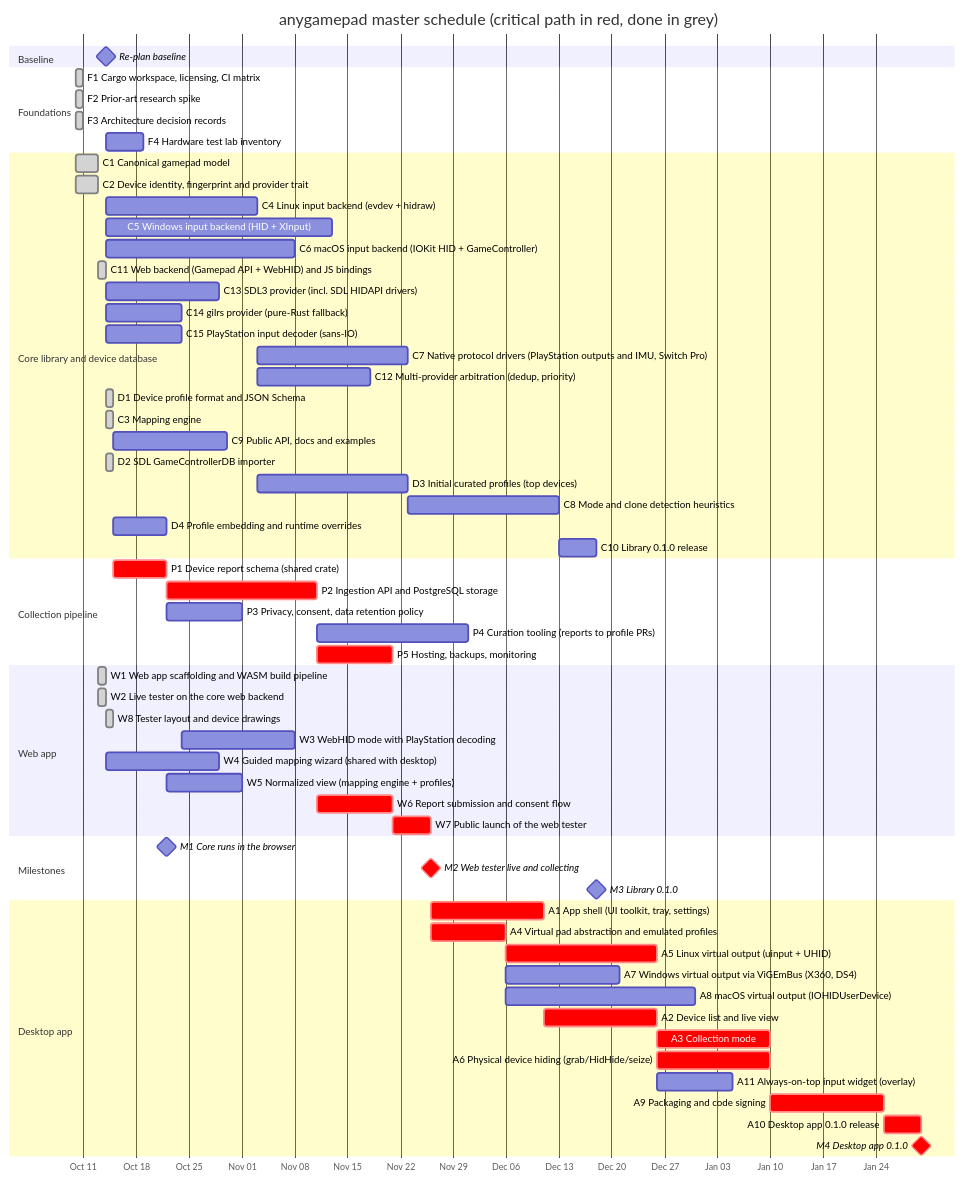
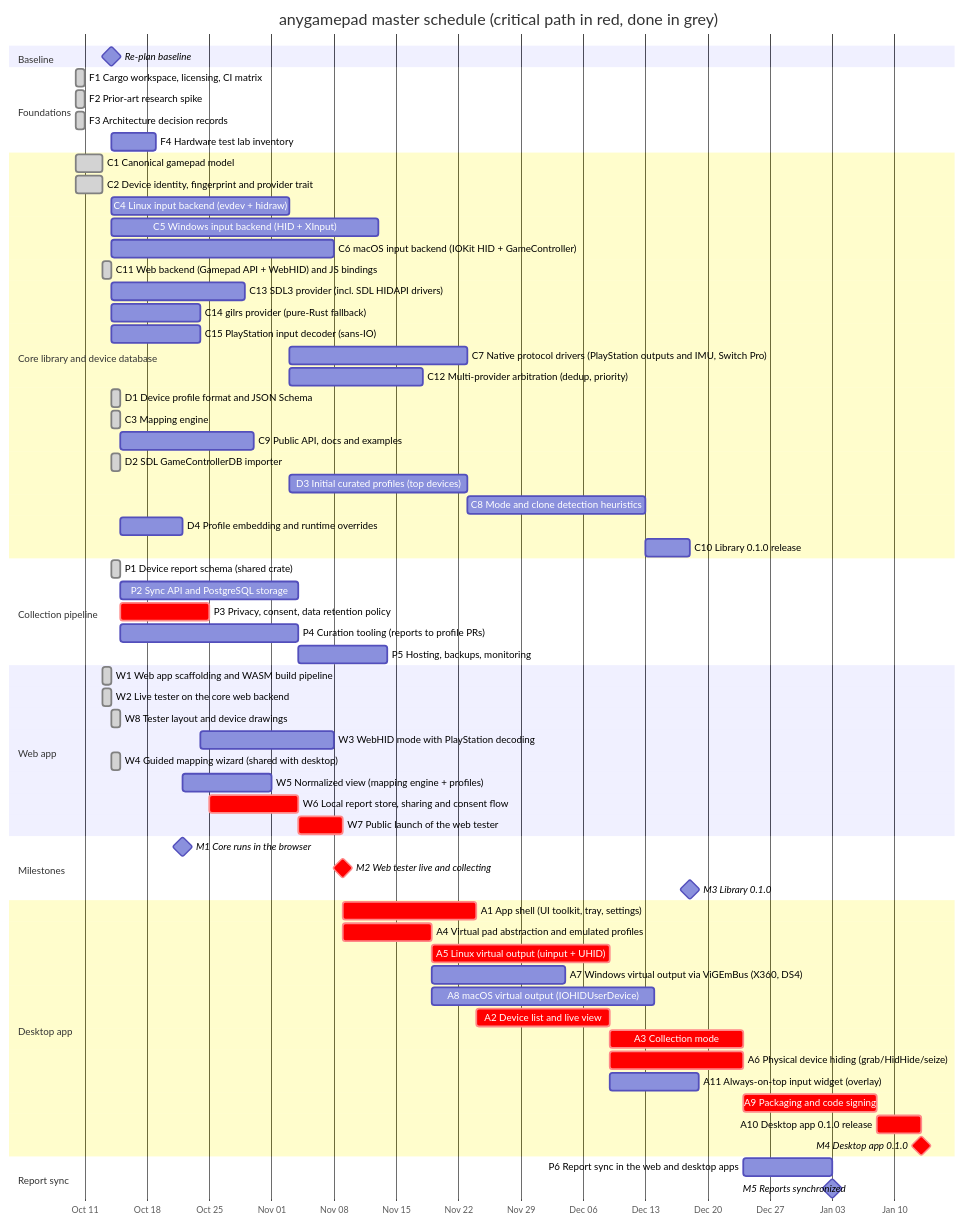
One commit to anygamepad/anygamepad.github.io changed the second of 3 diagrams in ROADMAP/2026-10-14/README.md. Above: the diagram before and after it, drawn with Mermaid. The commit also changed other lines of this file and 48 other files, not shown here.

First line of the commit message:
Add device report schema, wizard, and local-first architecture (#10)

````diff
--- a/ROADMAP/2026-10-14/README.md
+++ b/ROADMAP/2026-10-14/README.md
@@ -161,65 +192,68 @@
 ```mermaid
 gantt
     dateFormat YYYY-MM-DD
     axisFormat %b %d
     title anygamepad master schedule (critical path in red, done in grey)
     section Baseline
     Re-plan baseline :milestone, t0, 2026-10-14, 0d
     section Foundations
     F1 Cargo workspace, licensing, CI matrix :done, f1, 2026-10-10, 1d
     F2 Prior-art research spike :done, f2, 2026-10-10, 1d
     F3 Architecture decision records :done, f3, 2026-10-10, 1d
     F4 Hardware test lab inventory :f4, after f2 t0, 5d
     section Core library and device database
     C1 Canonical gamepad model :done, c1, 2026-10-10, 3d
     C2 Device identity, fingerprint and provider trait :done, c2, 2026-10-10, 3d
     C4 Linux input backend (evdev + hidraw) :c4, after c1 c2 t0, 20d
     C5 Windows input backend (HID + XInput) :c5, after c1 c2 t0, 30d
     C6 macOS input backend (IOKit HID + GameController) :c6, after c1 c2 t0, 25d
     C11 Web backend (Gamepad API + WebHID) and JS bindings :done, c11, 2026-10-13, 1d
     C13 SDL3 provider (incl. SDL HIDAPI drivers) :c13, after c1 c2 t0, 15d
     C14 gilrs provider (pure-Rust fallback) :c14, after c1 c2 t0, 10d
     C15 PlayStation input decoder (sans-IO) :c15, after c1 c2 t0, 10d
     C7 Native protocol drivers (PlayStation outputs and IMU, Switch Pro) :c7, after c4 c15, 20d
     C12 Multi-provider arbitration (dedup, priority) :c12, after c4 c13, 15d
     D1 Device profile format and JSON Schema :done, d1, 2026-10-14, 1d
     C3 Mapping engine :done, c3, 2026-10-14, 1d
     C9 Public API, docs and examples :c9, after c3, 15d
     D2 SDL GameControllerDB importer :done, d2, 2026-10-14, 1d
     D3 Initial curated profiles (top devices) :d3, after d1 c4 f4, 20d
     C8 Mode and clone detection heuristics :c8, after c3 c4 d3, 20d
     D4 Profile embedding and runtime overrides :d4, after d1 c3, 7d
     C10 Library 0.1.0 release :c10, after c5 c6 c7 c8 c9 c11 c12 c14 d4, 5d
     section Collection pipeline
-    P1 Device report schema (shared crate) :crit, p1, after c2 d1 t0, 7d
-    P2 Ingestion API and PostgreSQL storage :crit, p2, after p1, 20d
-    P3 Privacy, consent, data retention policy :p3, after p1, 10d
-    P4 Curation tooling (reports to profile PRs) :p4, after p2 d1, 20d
-    P5 Hosting, backups, monitoring :crit, p5, after p2, 10d
+    P1 Device report schema (shared crate) :done, p1, 2026-10-14, 1d
+    P2 Sync API and PostgreSQL storage :p2, after p1 t0, 20d
+    P3 Privacy, consent, data retention policy :crit, p3, after p1 t0, 10d
+    P4 Curation tooling (reports to profile PRs) :p4, after p1 d1 t0, 20d
+    P5 Hosting, backups, monitoring :p5, after p2, 10d
     section Web app
     W1 Web app scaffolding and WASM build pipeline :done, w1, 2026-10-13, 1d
     W2 Live tester on the core web backend :done, w2, 2026-10-13, 1d
     W8 Tester layout and device drawings :done, w8, 2026-10-14, 1d
     W3 WebHID mode with PlayStation decoding :w3, after w2 c15 w8, 15d
-    W4 Guided mapping wizard (shared with desktop) :w4, after w2 t0, 15d
+    W4 Guided mapping wizard (shared with desktop) :done, w4, 2026-10-14, 1d
     W5 Normalized view (mapping engine + profiles) :w5, after w2 c3 d2 d4, 10d
-    W6 Report submission and consent flow :crit, w6, after w4 p1 p2 p3, 10d
-    W7 Public launch of the web tester :crit, w7, after w5 w6 p5, 5d
+    W6 Local report store, sharing and consent flow :crit, w6, after w4 p1 p3, 10d
+    W7 Public launch of the web tester :crit, w7, after w5 w6, 5d
     section Milestones
     M1 Core runs in the browser :milestone, m1, after c3 c11 d4, 0d
     M2 Web tester live and collecting :milestone, crit, m2, after w7, 0d
     M3 Library 0.1.0 :milestone, m3, after c10, 0d
     section Desktop app
     A1 App shell (UI toolkit, tray, settings) :crit, a1, after f3 m2, 15d
     A4 Virtual pad abstraction and emulated profiles :crit, a4, after c1 m2, 10d
     A5 Linux virtual output (uinput + UHID) :crit, a5, after a4 c4, 20d
     A7 Windows virtual output via ViGEmBus (X360, DS4) :a7, after a4 c5, 15d
     A8 macOS virtual output (IOHIDUserDevice) :a8, after a4 c6, 25d
     A2 Device list and live view :crit, a2, after a1 c4, 15d
-    A3 Collection mode :crit, a3, after a2 w4 p2 p3, 15d
+    A3 Collection mode :crit, a3, after a2 w4 p1 p3, 15d
     A6 Physical device hiding (grab/HidHide/seize) :crit, a6, after a5 c5 c6, 15d
     A11 Always-on-top input widget (overlay) :a11, after a2, 10d
     A9 Packaging and code signing :crit, a9, after a3 a6 a7 a8 a11, 15d
     A10 Desktop app 0.1.0 release :crit, a10, after a9 c10, 5d
     M4 Desktop app 0.1.0 :milestone, crit, m4, after a10, 0d
+    section Report sync
+    P6 Report sync in the web and desktop apps :p6, after p2 w6 a3, 10d
+    M5 Reports synchronized :milestone, m5, after p5 p6, 0d
 ```
````
